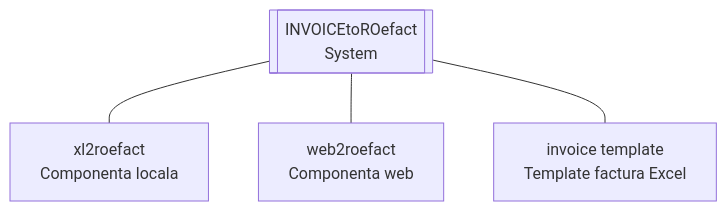
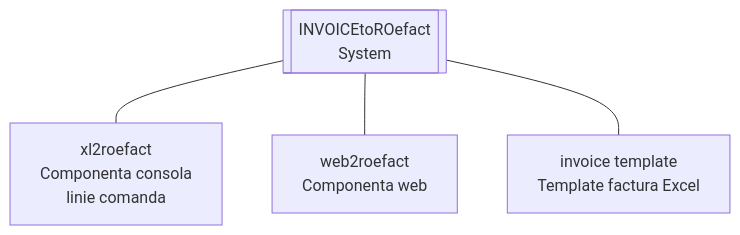
The diagram in README.md (petre-renware/api_to_roefact), drawn with Mermaid before and after one commit.

````diff
--- a/README.md
+++ b/README.md
@@ -22,12 +22,12 @@
 ```mermaid
 flowchart TD
     top[[INVOICEtoROefact \n System]]
 
-    xl2roefact[ xl2roefact \n Componenta locala]
+    xl2roefact[xl2roefact \n Componenta consola \n linie comanda]
     web2roefact[web2roefact \n Componenta web]
     invtmpl[invoice template \n Template factura Excel]
 
     top --- xl2roefact
     top --- web2roefact
     top --- invtmpl
 ```
````
